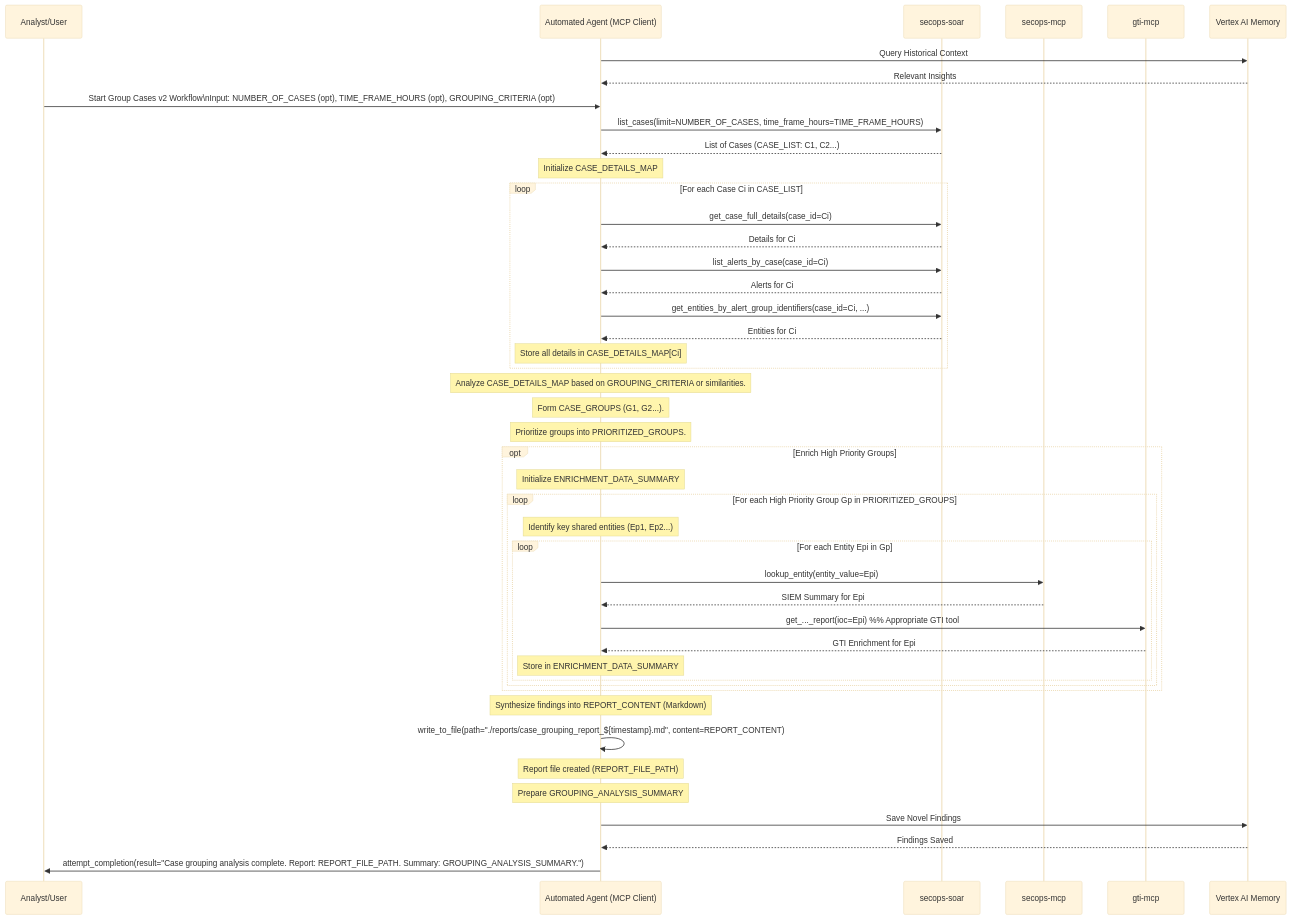
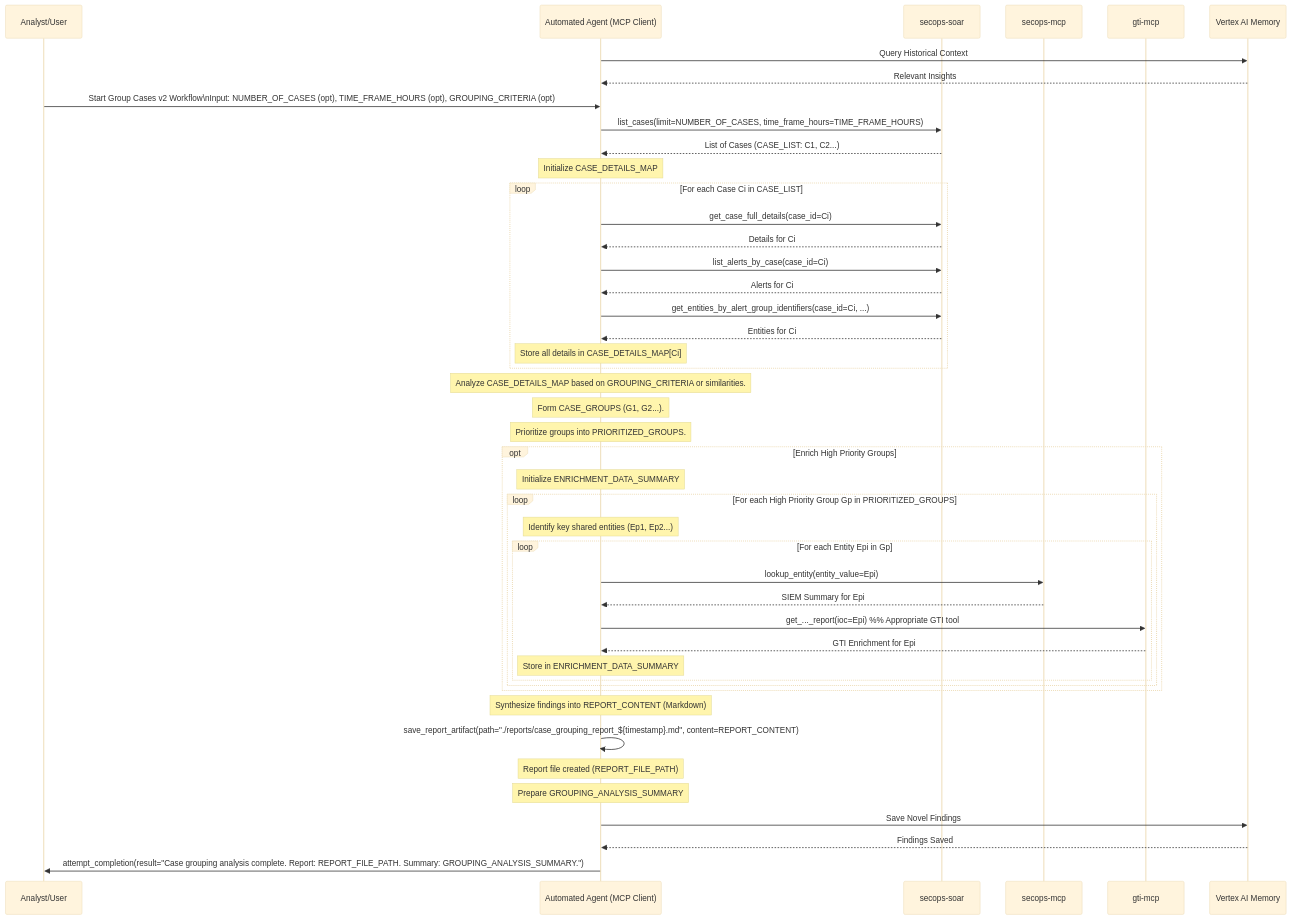
One commit to dandye/adk_runbooks changed the diagram in rules-bank/run_books/group_cases_v2.md. Above: the diagram before and after it, drawn with Mermaid (base theme). The commit also changed other lines of this file and 109 other files, not shown here.

````diff
--- a/rules-bank/run_books/group_cases_v2.md
+++ b/rules-bank/run_books/group_cases_v2.md
@@ -61,64 +65,64 @@
 ```mermaid
 sequenceDiagram
     participant Analyst/User
     participant AutomatedAgent as Automated Agent (MCP Client)
     participant SOAR as secops-soar
     participant SIEM as secops-mcp
     participant GTI as gti-mcp
     participant Memory as Vertex AI Memory
 
 
     %% Step: Query Memory Context
     AutomatedAgent->>Memory: Query Historical Context
     Memory-->>AutomatedAgent: Relevant Insights
     Analyst/User->>AutomatedAgent: Start Group Cases v2 Workflow\nInput: NUMBER_OF_CASES (opt), TIME_FRAME_HOURS (opt), GROUPING_CRITERIA (opt)
 
     %% Step 1: List Cases
     AutomatedAgent->>SOAR: list_cases(limit=NUMBER_OF_CASES, time_frame_hours=TIME_FRAME_HOURS)
     SOAR-->>AutomatedAgent: List of Cases (CASE_LIST: C1, C2...)
 
     %% Step 2: Gather Details
     Note over AutomatedAgent: Initialize CASE_DETAILS_MAP
     loop For each Case Ci in CASE_LIST
         AutomatedAgent->>SOAR: get_case_full_details(case_id=Ci)
         SOAR-->>AutomatedAgent: Details for Ci
         AutomatedAgent->>SOAR: list_alerts_by_case(case_id=Ci)
         SOAR-->>AutomatedAgent: Alerts for Ci
         AutomatedAgent->>SOAR: get_entities_by_alert_group_identifiers(case_id=Ci, ...)
         SOAR-->>AutomatedAgent: Entities for Ci
         Note over AutomatedAgent: Store all details in CASE_DETAILS_MAP[Ci]
     end
 
     %% Step 3 & 4: Group & Prioritize
     Note over AutomatedAgent: Analyze CASE_DETAILS_MAP based on GROUPING_CRITERIA or similarities.
     Note over AutomatedAgent: Form CASE_GROUPS (G1, G2...).
     Note over AutomatedAgent: Prioritize groups into PRIORITIZED_GROUPS.
 
     %% Step 5: Enrich (Optional)
     opt Enrich High Priority Groups
         Note over AutomatedAgent: Initialize ENRICHMENT_DATA_SUMMARY
         loop For each High Priority Group Gp in PRIORITIZED_GROUPS
             Note over AutomatedAgent: Identify key shared entities (Ep1, Ep2...)
             loop For each Entity Epi in Gp
                 AutomatedAgent->>SIEM: lookup_entity(entity_value=Epi)
                 SIEM-->>AutomatedAgent: SIEM Summary for Epi
                 AutomatedAgent->>GTI: get_..._report(ioc=Epi) %% Appropriate GTI tool
                 GTI-->>AutomatedAgent: GTI Enrichment for Epi
                 Note over AutomatedAgent: Store in ENRICHMENT_DATA_SUMMARY
             end
         end
     end
 
     %% Step 6: Generate Report
     Note over AutomatedAgent: Synthesize findings into REPORT_CONTENT (Markdown)
-    AutomatedAgent->>AutomatedAgent: write_to_file(path="./reports/case_grouping_report_${timestamp}.md", content=REPORT_CONTENT)
+    AutomatedAgent->>AutomatedAgent: save_report_artifact(path="./reports/case_grouping_report_${timestamp}.md", content=REPORT_CONTENT)
     Note over AutomatedAgent: Report file created (REPORT_FILE_PATH)
     Note over AutomatedAgent: Prepare GROUPING_ANALYSIS_SUMMARY
 
 
     %% Step: Save Findings to Memory
     AutomatedAgent->>Memory: Save Novel Findings
     Memory-->>AutomatedAgent: Findings Saved
     AutomatedAgent->>Analyst/User: attempt_completion(result="Case grouping analysis complete. Report: REPORT_FILE_PATH. Summary: GROUPING_ANALYSIS_SUMMARY.")
 
 ```
````
